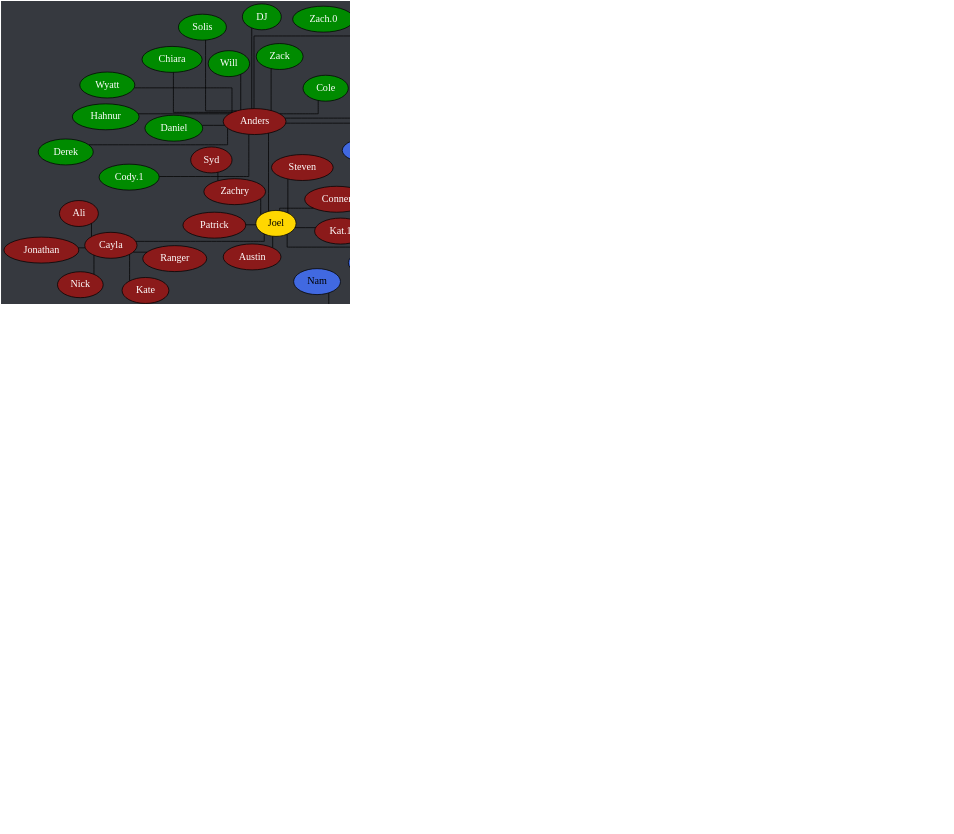
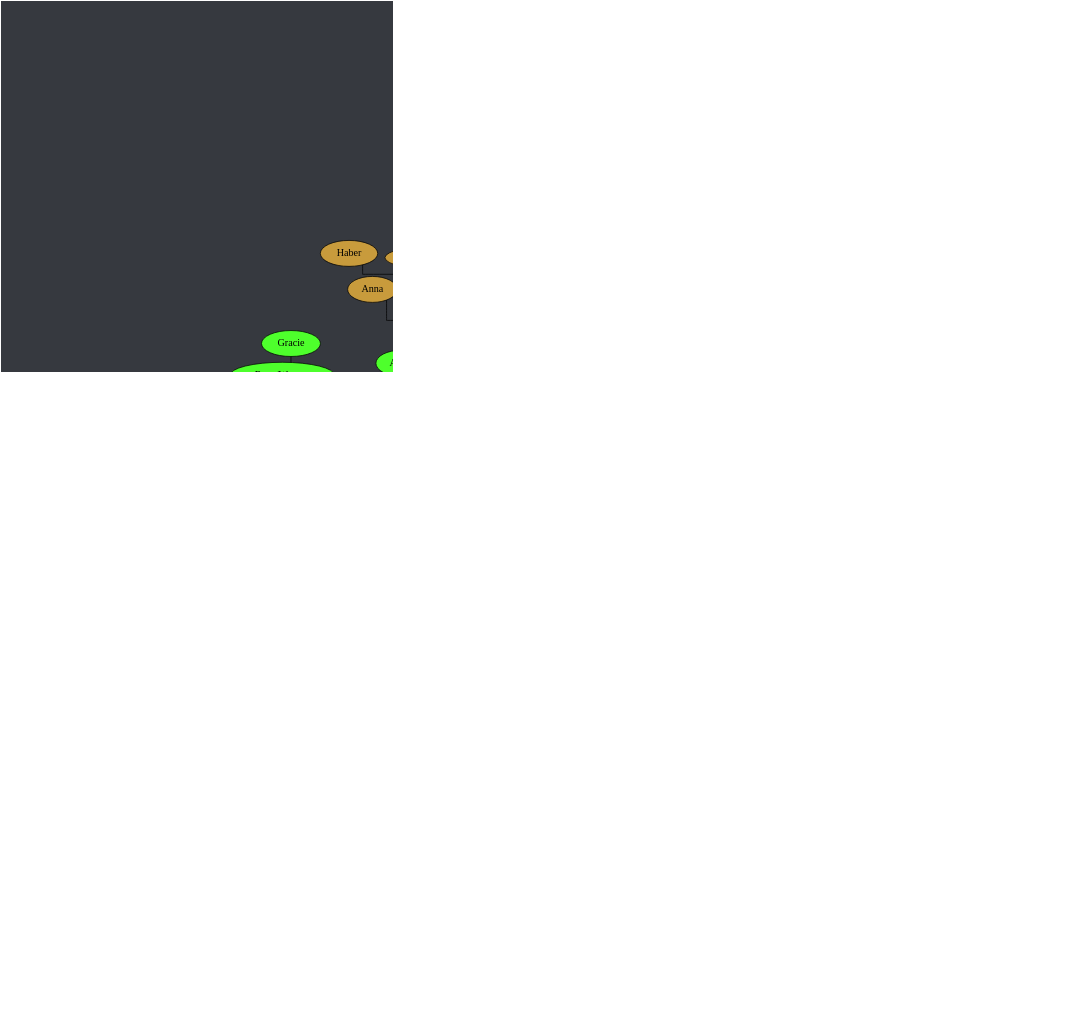
The diagram in tree.dot (Documidas/CoronaCatzFamilyTree), drawn with Graphviz before and after one commit. The commit also changed 1 other file, not shown here.

Commit message:
Add Jake

```diff
--- a/tree.dot
+++ b/tree.dot
@@ -18,6 +18,7 @@
 		Joel [ style=filled fillcolor="gold" fontcolor="black" ];
 
 		Cayla -- Ali;
+		Cayla -- Jake;
 		Cayla -- Jonathan;
 		Cayla -- Kate;
 		Cayla -- Nick;
```
